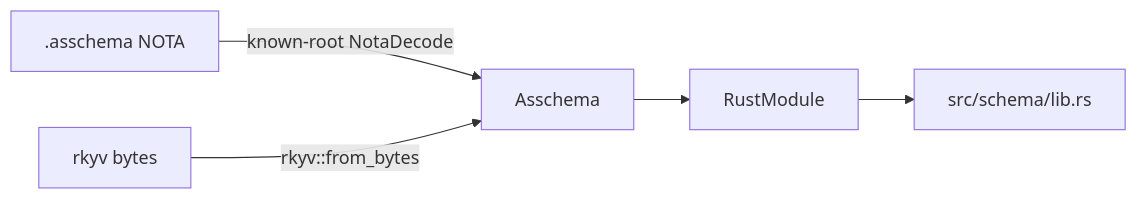
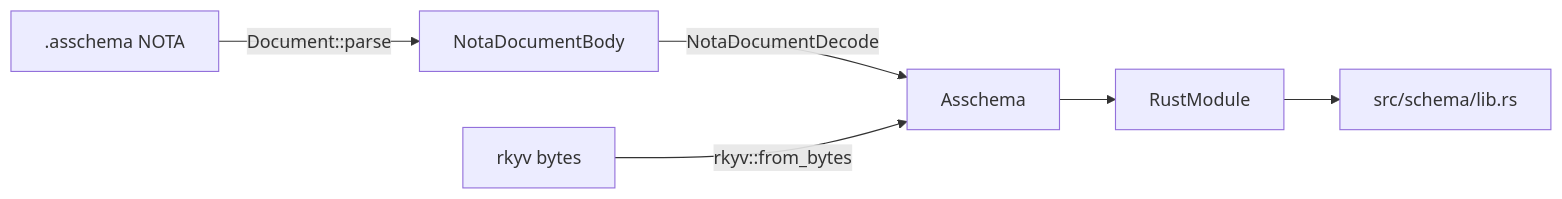
One commit to LiGoldragon/primary changed the seventh of 8 diagrams in reports/operator/264-asschema-typed-data-rkyv-sema-nota-presentation-2026-05-31.md. Above: the diagram before and after it, drawn with Mermaid. The commit also changed other lines of this file, not shown here.

Commit message:
operator: update asschema body codec presentation

````diff
--- a/reports/operator/264-asschema-typed-data-rkyv-sema-nota-presentation-2026-05-31.md
+++ b/reports/operator/264-asschema-typed-data-rkyv-sema-nota-presentation-2026-05-31.md
@@ -608,13 +643,15 @@
 ```mermaid
 flowchart LR
   Text[".asschema NOTA"]
   Bytes["rkyv bytes"]
   Value["Asschema"]
+  Body["NotaDocumentBody"]
   Module["RustModule"]
   Source["src/schema/lib.rs"]
 
-  Text -->|known-root NotaDecode| Value
+  Text -->|Document::parse| Body
+  Body -->|NotaDocumentDecode| Value
   Bytes -->|rkyv::from_bytes| Value
   Value --> Module
   Module --> Source
 ```
````
